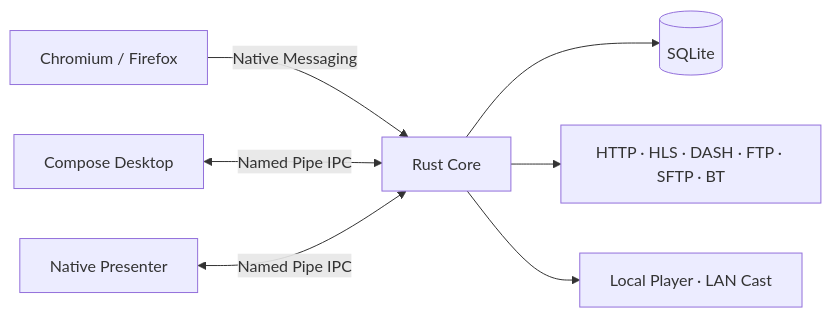
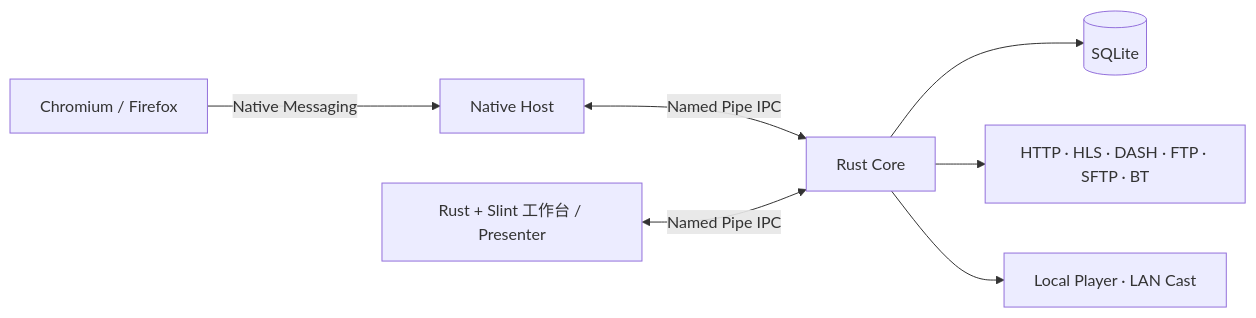
Before and after one commit to ciaooo55/hls-downloader: the diagram in README.md, drawn with Mermaid. The commit also changed other lines of this file and 185 other files, not shown here.

Commit message:
feat: prepare native v7.0.4 desktop and extension candidates

````diff
--- a/README.md
+++ b/README.md
@@ -98,9 +98,9 @@
 ```mermaid
 flowchart LR
-    B["Chromium / Firefox"] -->|Native Messaging| C["Rust Core"]
-    UI["Compose Desktop"] <-->|Named Pipe IPC| C
-    P["Native Presenter"] <-->|Named Pipe IPC| C
+    B["Chromium / Firefox"] -->|Native Messaging| H["Native Host"]
+    H <-->|Named Pipe IPC| C["Rust Core"]
+    UI["Rust + Slint 工作台 / Presenter"] <-->|Named Pipe IPC| C
     C --> DB[(SQLite)]
     C --> E["HTTP · HLS · DASH · FTP · SFTP · BT"]
     C --> M["Local Player · LAN Cast"]
 ```
````
